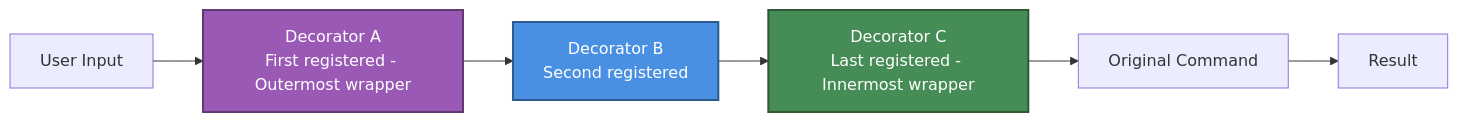
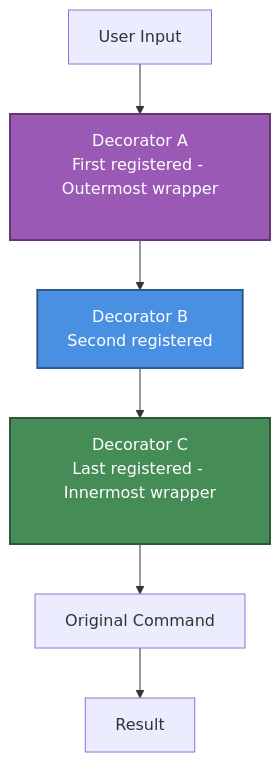
One commit to kazupon/gunshi changed the first of 3 diagrams in packages/docs/src/guide/plugin/decorators.md. Above: the diagram before and after it, drawn with Mermaid. The commit also changed other lines of this file and 2 other files, not shown here.

Commit message:
docs: fix mermaid figure

````diff
--- a/packages/docs/src/guide/plugin/decorators.md
+++ b/packages/docs/src/guide/plugin/decorators.md
@@ -51,12 +51,12 @@
 ```mermaid
-graph LR
-    A[User Input] --> B[Decorator A<br/>First registered - Outermost wrapper]
-    B --> C[Decorator B<br/>Second registered]
-    C --> D[Decorator C<br/>Last registered - Innermost wrapper]
-    D --> E[Original Command]
-    E --> F[Result]
+graph TB
+    A["User Input"] --> B["Decorator A<br/>First registered - Outermost wrapper<br/>&nbsp;"]
+    B --> C["Decorator B<br/>Second registered"]
+    C --> D["Decorator C<br/>Last registered - Innermost wrapper<br/>&nbsp;"]
+    D --> E["Original Command"]
+    E --> F["Result"]
 
     style B fill:#9B59B6,stroke:#633974,stroke-width:2px,color:#fff
     style C fill:#4A90E2,stroke:#2E5A8E,stroke-width:2px,color:#fff
     style D fill:#468c56,stroke:#2e5936,stroke-width:2px,color:#fff
 ```
````
